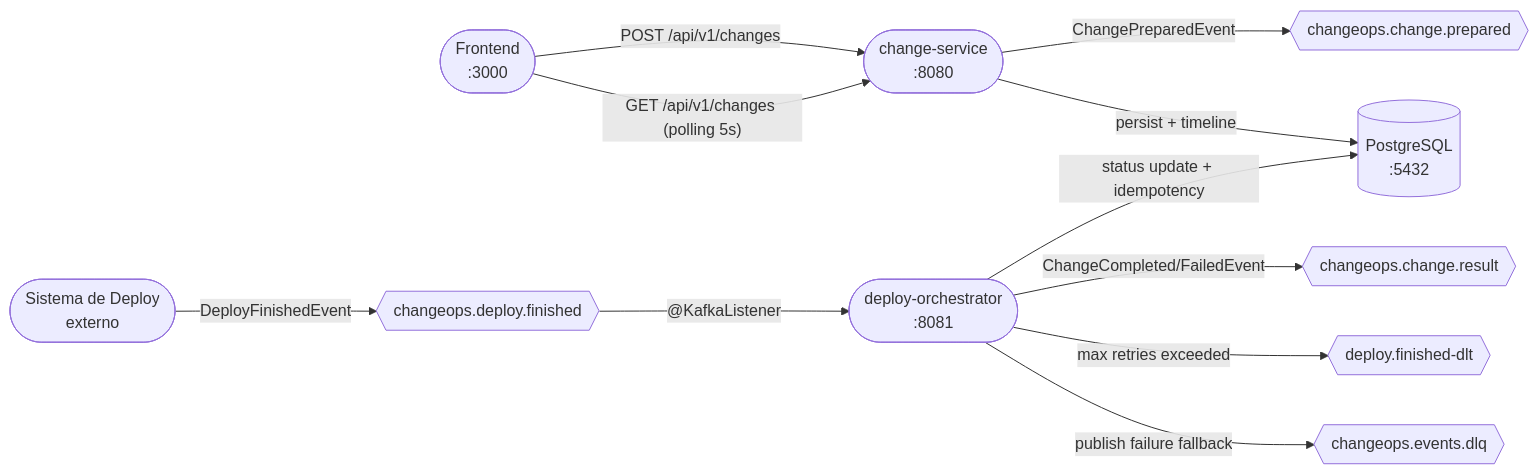
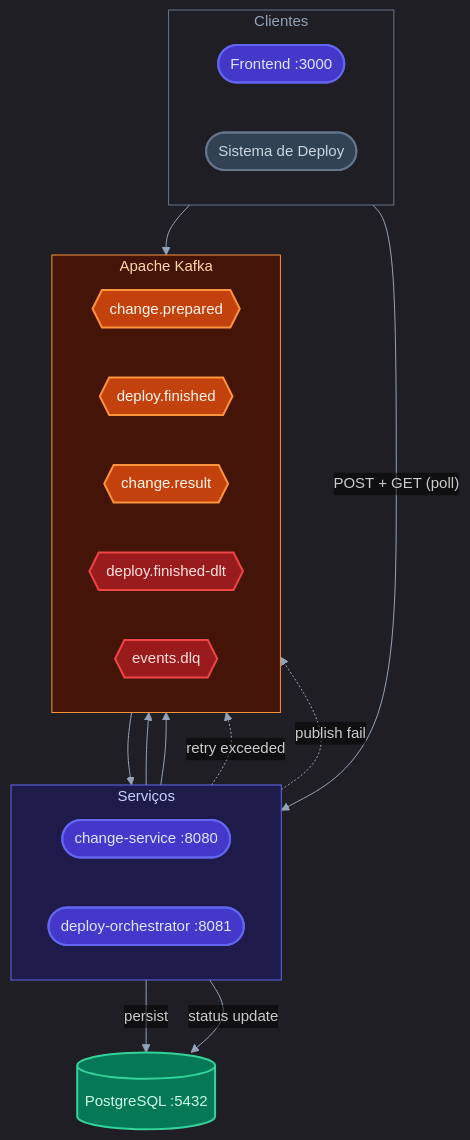
Before and after one commit to claudecirmiranda/changeops: the eighth of 10 diagrams in docs/PROJETO_COMPLETO.md, drawn with Mermaid. The commit also changed other lines of this file and 3 other files, not shown here.

First line of the commit message:
refactor: update container and sequence diagrams for ChangeOps Dashboard

````diff
--- a/docs/PROJETO_COMPLETO.md
+++ b/docs/PROJETO_COMPLETO.md
@@ -1148,24 +1290,52 @@
 ```mermaid
-flowchart LR
-    FE(["Frontend\n:3000"])
-    CS(["change-service\n:8080"])
-    DO(["deploy-orchestrator\n:8081"])
-    DS(["Sistema de Deploy\nexterno"])
-    PG[("PostgreSQL\n:5432")]
-    T1{{"changeops.change.prepared"}}
-    T2{{"changeops.deploy.finished"}}
-    T3{{"changeops.change.result"}}
-    T4{{"deploy.finished-dlt"}}
-    T5{{"changeops.events.dlq"}}
+%%{init: {'theme':'dark','themeVariables':{'fontSize':'15px','lineColor':'#94A3B8','edgeLabelBackground':'transparent'}}}%%
+flowchart TD
+    subgraph clients["Clientes"]
+        direction LR
+        FE(["Frontend :3000"])
+        DS(["Sistema de Deploy"])
+    end
 
-    FE -->|"POST /api/v1/changes"| CS
-    FE -->|"GET /api/v1/changes (polling 5s)"| CS
-    CS -->|"ChangePreparedEvent"| T1
-    CS -->|"persist + timeline"| PG
-    DS -->|"DeployFinishedEvent"| T2
-    T2 -->|"@KafkaListener"| DO
-    DO -->|"status update + idempotency"| PG
-    DO -->|"ChangeCompleted/FailedEvent"| T3
-    DO -->|"max retries exceeded"| T4
-    DO -->|"publish failure fallback"| T5
+    subgraph svcs["Serviços"]
+        direction LR
+        CS(["change-service :8080"])
+        DO(["deploy-orchestrator :8081"])
+    end
+
+    subgraph kafka["Apache Kafka"]
+        direction LR
+        T1{{"change.prepared"}}
+        T2{{"deploy.finished"}}
+        T3{{"change.result"}}
+        T4{{"deploy.finished-dlt"}}
+        T5{{"events.dlq"}}
+    end
+
+    PG[("PostgreSQL :5432")]
+
+    FE -->|"POST + GET (poll)"| CS
+    CS -->|"persist"| PG
+    CS --> T1
+    DS --> T2
+    T2 --> DO
+    DO -->|"status update"| PG
+    DO --> T3
+    DO -.->|"retry exceeded"| T4
+    DO -.->|"publish fail"| T5
+
+    classDef svc fill:#4338CA,stroke:#6366F1,color:#E0E7FF,stroke-width:2px
+    classDef topic fill:#C2410C,stroke:#FB923C,color:#FFF7ED,stroke-width:2px
+    classDef db fill:#047857,stroke:#34D399,color:#D1FAE5,stroke-width:2px
+    classDef ext fill:#334155,stroke:#64748B,color:#CBD5E1,stroke-width:2px
+    classDef dlt fill:#991B1B,stroke:#EF4444,color:#FEE2E2,stroke-width:2px
+
+    class FE,CS,DO svc
+    class T1,T2,T3 topic
+    class T4,T5 dlt
+    class PG db
+    class DS ext
+
+    style clients fill:none,stroke:#64748B,stroke-width:1px,color:#94A3B8
+    style svcs fill:#1E1B4B,stroke:#6366F1,stroke-width:1px,color:#C7D2FE
+    style kafka fill:#431407,stroke:#FB923C,stroke-width:1px,color:#FED7AA
 ```
````
